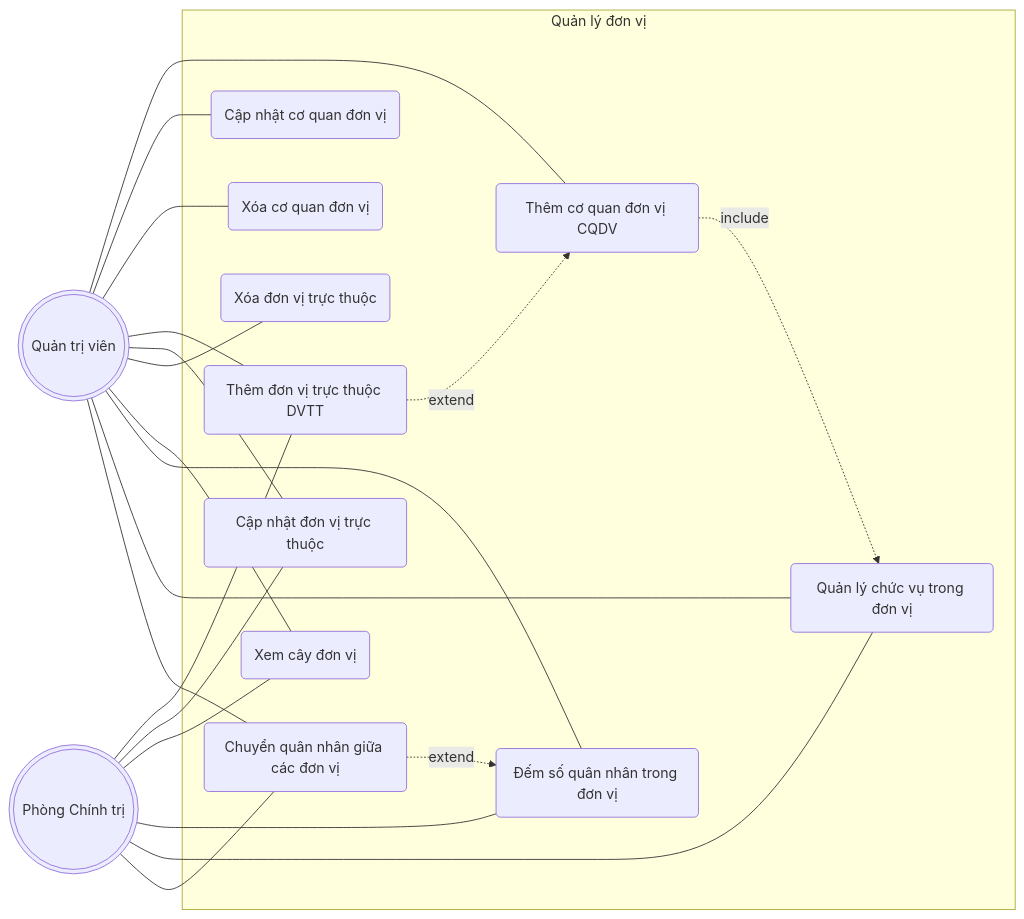
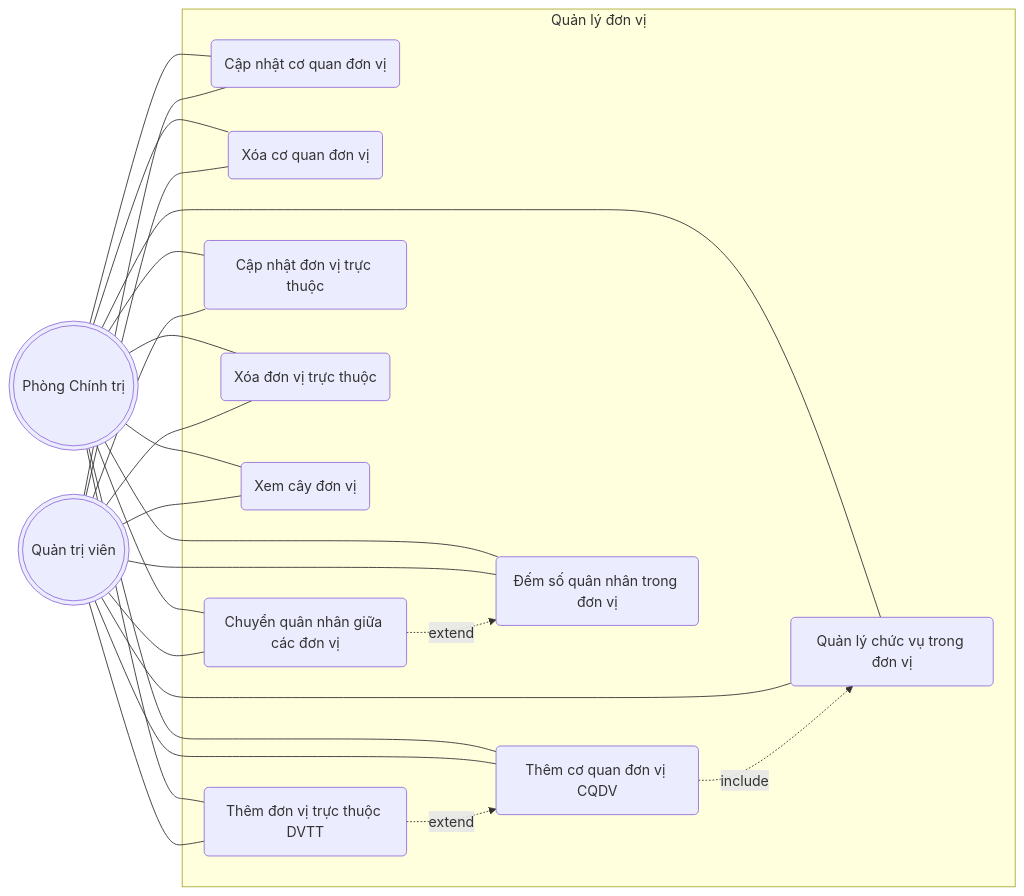
Before and after one commit to tranducbk/DATN_PM_QLKT: the fourth of 19 diagrams in docs/diagrams/01-use-case.md, drawn with Mermaid. The commit also changed other lines of this file and 150 other files, not shown here.

First line of the commit message:
docs: thêm reading-guide comments + ERD + race conditions doc

````diff
--- a/docs/diagrams/01-use-case.md
+++ b/docs/diagrams/01-use-case.md
@@ -164,40 +164,44 @@
 ```mermaid
 flowchart LR
     SA(((Quản trị viên)))
     AD(((Phòng Chính trị)))
 
     subgraph SYS[Quản lý đơn vị]
         UC1(Thêm cơ quan đơn vị CQDV)
         UC2(Cập nhật cơ quan đơn vị)
         UC3(Xóa cơ quan đơn vị)
         UC4(Thêm đơn vị trực thuộc DVTT)
         UC5(Cập nhật đơn vị trực thuộc)
         UC6(Xóa đơn vị trực thuộc)
         UC7(Xem cây đơn vị)
         UC8(Đếm số quân nhân trong đơn vị)
         UC9(Quản lý chức vụ trong đơn vị)
         UC10(Chuyển quân nhân giữa các đơn vị)
 
         UC4 -.->|extend| UC1
         UC1 -.->|include| UC9
         UC10 -.->|extend| UC8
     end
 
     SA --- UC1
     SA --- UC2
     SA --- UC3
     SA --- UC4
     SA --- UC5
     SA --- UC6
     SA --- UC7
     SA --- UC8
     SA --- UC9
     SA --- UC10
 
+    AD --- UC1
+    AD --- UC2
+    AD --- UC3
     AD --- UC4
     AD --- UC5
+    AD --- UC6
     AD --- UC7
     AD --- UC8
     AD --- UC9
     AD --- UC10
 ```
````
